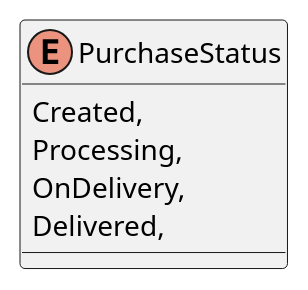
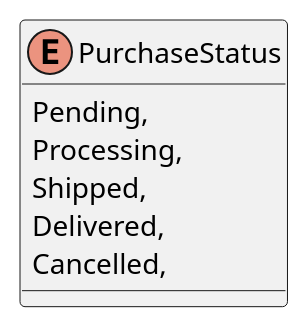
Before and after one commit to ISII2627Erasmus/Barca: the diagram in src/AppForSEII.API/ClassDiagram/PurchaseStatus.puml, drawn with PlantUML. The commit also changed 20 other files, not shown here.

```diff
--- a/src/AppForSEII.API/ClassDiagram/PurchaseStatus.puml
+++ b/src/AppForSEII.API/ClassDiagram/PurchaseStatus.puml
@@ -1,8 +1,9 @@
 @startuml
 enum PurchaseStatus {
-    Created,
+    Pending,
     Processing,
-    OnDelivery,
+    Shipped,
     Delivered,
+    Cancelled,
 }
 @enduml
```
